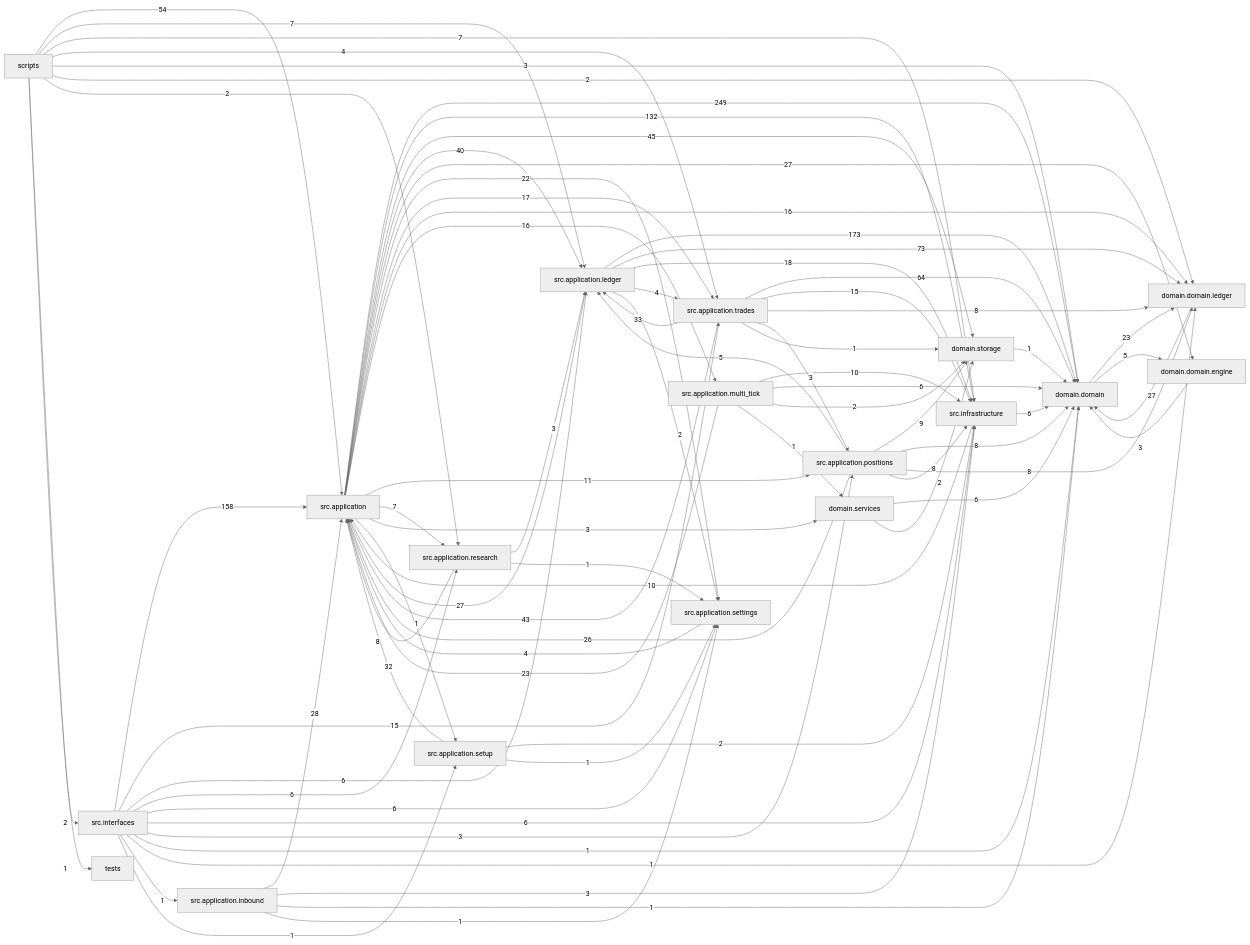
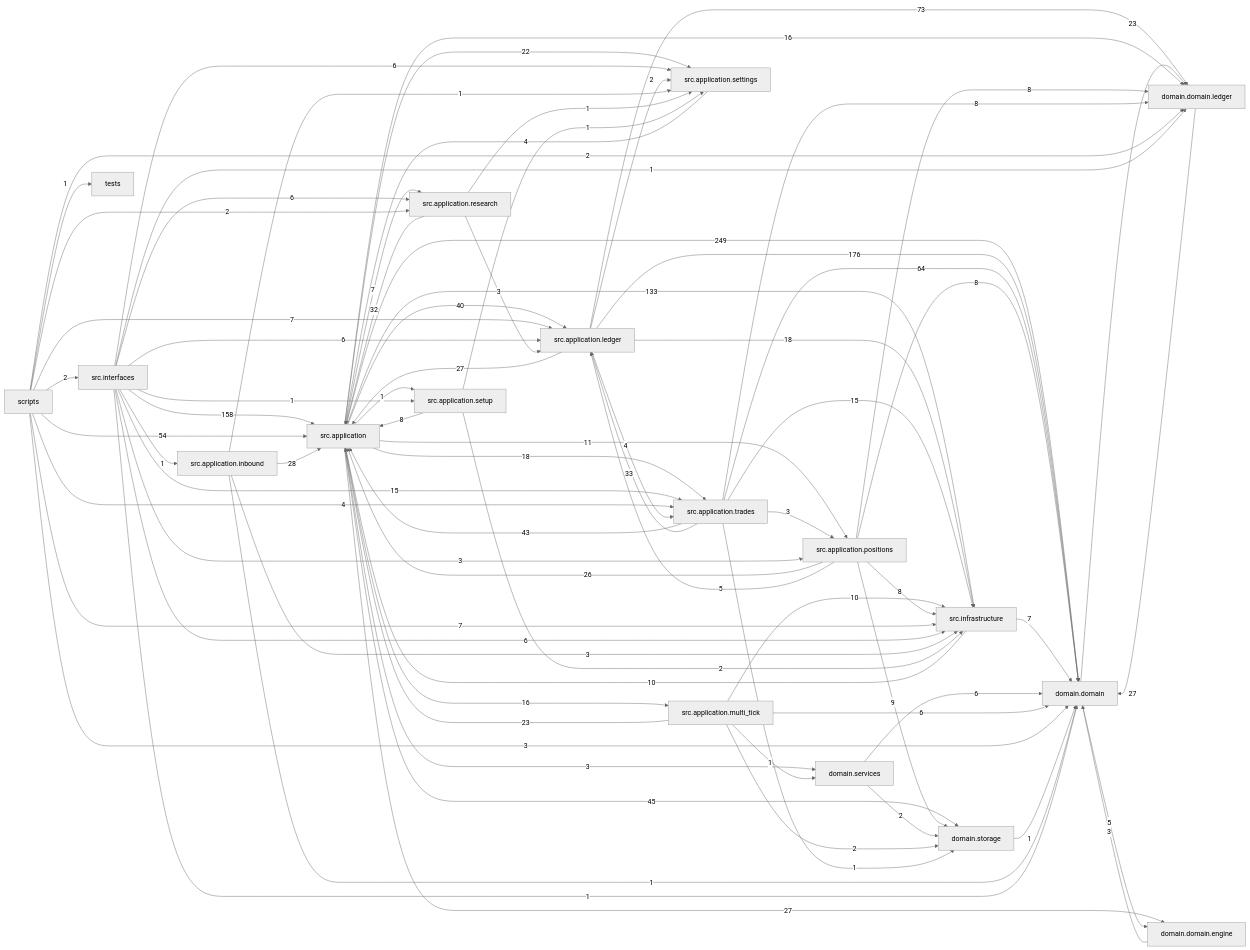
One commit to liuxie066/options-monitor changed the diagram in docs/dependency_graph.mmd. Above: the diagram before and after it, drawn with Mermaid (neutral theme). The commit also changed 12 other files, not shown here.

```diff
--- a/docs/dependency_graph.mmd
+++ b/docs/dependency_graph.mmd
@@ -1,78 +1,78 @@
 flowchart LR
   src_application["src.application"] -->|249| domain_domain["domain.domain"]
-  src_application_ledger["src.application.ledger"] -->|173| domain_domain["domain.domain"]
+  src_application_ledger["src.application.ledger"] -->|176| domain_domain["domain.domain"]
   src_interfaces["src.interfaces"] -->|158| src_application["src.application"]
-  src_application["src.application"] -->|132| src_infrastructure["src.infrastructure"]
+  src_application["src.application"] -->|133| src_infrastructure["src.infrastructure"]
   src_application_ledger["src.application.ledger"] -->|73| domain_domain_ledger["domain.domain.ledger"]
   src_application_trades["src.application.trades"] -->|64| domain_domain["domain.domain"]
   scripts["scripts"] -->|54| src_application["src.application"]
   src_application["src.application"] -->|45| domain_storage["domain.storage"]
   src_application_trades["src.application.trades"] -->|43| src_application["src.application"]
   src_application["src.application"] -->|40| src_application_ledger["src.application.ledger"]
   src_application_trades["src.application.trades"] -->|33| src_application_ledger["src.application.ledger"]
   src_application_research["src.application.research"] -->|32| src_application["src.application"]
   src_application_inbound["src.application.inbound"] -->|28| src_application["src.application"]
   domain_domain_ledger["domain.domain.ledger"] -->|27| domain_domain["domain.domain"]
   src_application["src.application"] -->|27| domain_domain_engine["domain.domain.engine"]
   src_application_ledger["src.application.ledger"] -->|27| src_application["src.application"]
   src_application_positions["src.application.positions"] -->|26| src_application["src.application"]
   domain_domain["domain.domain"] -->|23| domain_domain_ledger["domain.domain.ledger"]
   src_application_multi_tick["src.application.multi_tick"] -->|23| src_application["src.application"]
   src_application["src.application"] -->|22| src_application_settings["src.application.settings"]
+  src_application["src.application"] -->|18| src_application_trades["src.application.trades"]
   src_application_ledger["src.application.ledger"] -->|18| src_infrastructure["src.infrastructure"]
-  src_application["src.application"] -->|17| src_application_trades["src.application.trades"]
   src_application["src.application"] -->|16| domain_domain_ledger["domain.domain.ledger"]
   src_application["src.application"] -->|16| src_application_multi_tick["src.application.multi_tick"]
   src_application_trades["src.application.trades"] -->|15| src_infrastructure["src.infrastructure"]
   src_interfaces["src.interfaces"] -->|15| src_application_trades["src.application.trades"]
   src_application["src.application"] -->|11| src_application_positions["src.application.positions"]
   src_application_multi_tick["src.application.multi_tick"] -->|10| src_infrastructure["src.infrastructure"]
   src_infrastructure["src.infrastructure"] -->|10| src_application["src.application"]
   src_application_positions["src.application.positions"] -->|9| domain_storage["domain.storage"]
   src_application_positions["src.application.positions"] -->|8| domain_domain["domain.domain"]
   src_application_positions["src.application.positions"] -->|8| domain_domain_ledger["domain.domain.ledger"]
   src_application_positions["src.application.positions"] -->|8| src_infrastructure["src.infrastructure"]
   src_application_setup["src.application.setup"] -->|8| src_application["src.application"]
   src_application_trades["src.application.trades"] -->|8| domain_domain_ledger["domain.domain.ledger"]
   scripts["scripts"] -->|7| src_application_ledger["src.application.ledger"]
   scripts["scripts"] -->|7| src_infrastructure["src.infrastructure"]
   src_application["src.application"] -->|7| src_application_research["src.application.research"]
+  src_infrastructure["src.infrastructure"] -->|7| domain_domain["domain.domain"]
   domain_services["domain.services"] -->|6| domain_domain["domain.domain"]
   src_application_multi_tick["src.application.multi_tick"] -->|6| domain_domain["domain.domain"]
-  src_infrastructure["src.infrastructure"] -->|6| domain_domain["domain.domain"]
   src_interfaces["src.interfaces"] -->|6| src_application_ledger["src.application.ledger"]
   src_interfaces["src.interfaces"] -->|6| src_application_research["src.application.research"]
   src_interfaces["src.interfaces"] -->|6| src_application_settings["src.application.settings"]
   src_interfaces["src.interfaces"] -->|6| src_infrastructure["src.infrastructure"]
   domain_domain["domain.domain"] -->|5| domain_domain_engine["domain.domain.engine"]
   src_application_positions["src.application.positions"] -->|5| src_application_ledger["src.application.ledger"]
   scripts["scripts"] -->|4| src_application_trades["src.application.trades"]
   src_application_ledger["src.application.ledger"] -->|4| src_application_trades["src.application.trades"]
   src_application_settings["src.application.settings"] -->|4| src_application["src.application"]
   domain_domain_engine["domain.domain.engine"] -->|3| domain_domain["domain.domain"]
   scripts["scripts"] -->|3| domain_domain["domain.domain"]
   src_application["src.application"] -->|3| domain_services["domain.services"]
   src_application_inbound["src.application.inbound"] -->|3| src_infrastructure["src.infrastructure"]
   src_application_research["src.application.research"] -->|3| src_application_ledger["src.application.ledger"]
   src_application_trades["src.application.trades"] -->|3| src_application_positions["src.application.positions"]
   src_interfaces["src.interfaces"] -->|3| src_application_positions["src.application.positions"]
   domain_services["domain.services"] -->|2| domain_storage["domain.storage"]
   scripts["scripts"] -->|2| domain_domain_ledger["domain.domain.ledger"]
   scripts["scripts"] -->|2| src_application_research["src.application.research"]
   scripts["scripts"] -->|2| src_interfaces["src.interfaces"]
   src_application_ledger["src.application.ledger"] -->|2| src_application_settings["src.application.settings"]
   src_application_multi_tick["src.application.multi_tick"] -->|2| domain_storage["domain.storage"]
   src_application_setup["src.application.setup"] -->|2| src_infrastructure["src.infrastructure"]
   domain_storage["domain.storage"] -->|1| domain_domain["domain.domain"]
   scripts["scripts"] -->|1| tests["tests"]
   src_application["src.application"] -->|1| src_application_setup["src.application.setup"]
   src_application_inbound["src.application.inbound"] -->|1| domain_domain["domain.domain"]
   src_application_inbound["src.application.inbound"] -->|1| src_application_settings["src.application.settings"]
   src_application_multi_tick["src.application.multi_tick"] -->|1| domain_services["domain.services"]
   src_application_research["src.application.research"] -->|1| src_application_settings["src.application.settings"]
   src_application_setup["src.application.setup"] -->|1| src_application_settings["src.application.settings"]
   src_application_trades["src.application.trades"] -->|1| domain_storage["domain.storage"]
   src_interfaces["src.interfaces"] -->|1| domain_domain["domain.domain"]
   src_interfaces["src.interfaces"] -->|1| domain_domain_ledger["domain.domain.ledger"]
   src_interfaces["src.interfaces"] -->|1| src_application_inbound["src.application.inbound"]
   src_interfaces["src.interfaces"] -->|1| src_application_setup["src.application.setup"]
```
